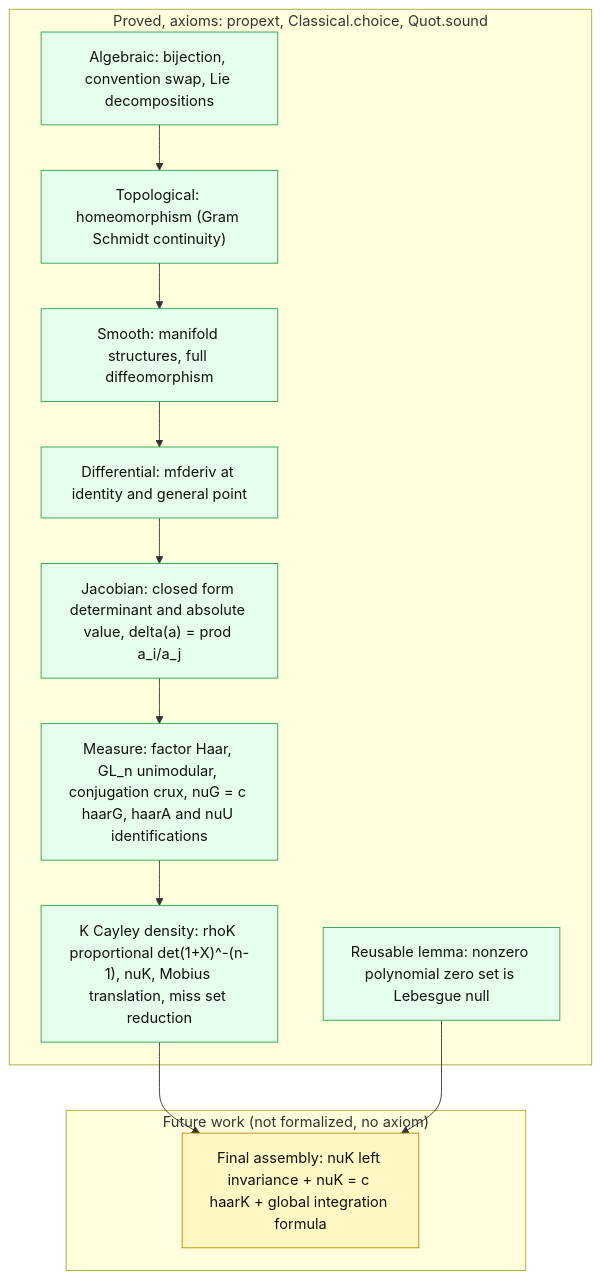
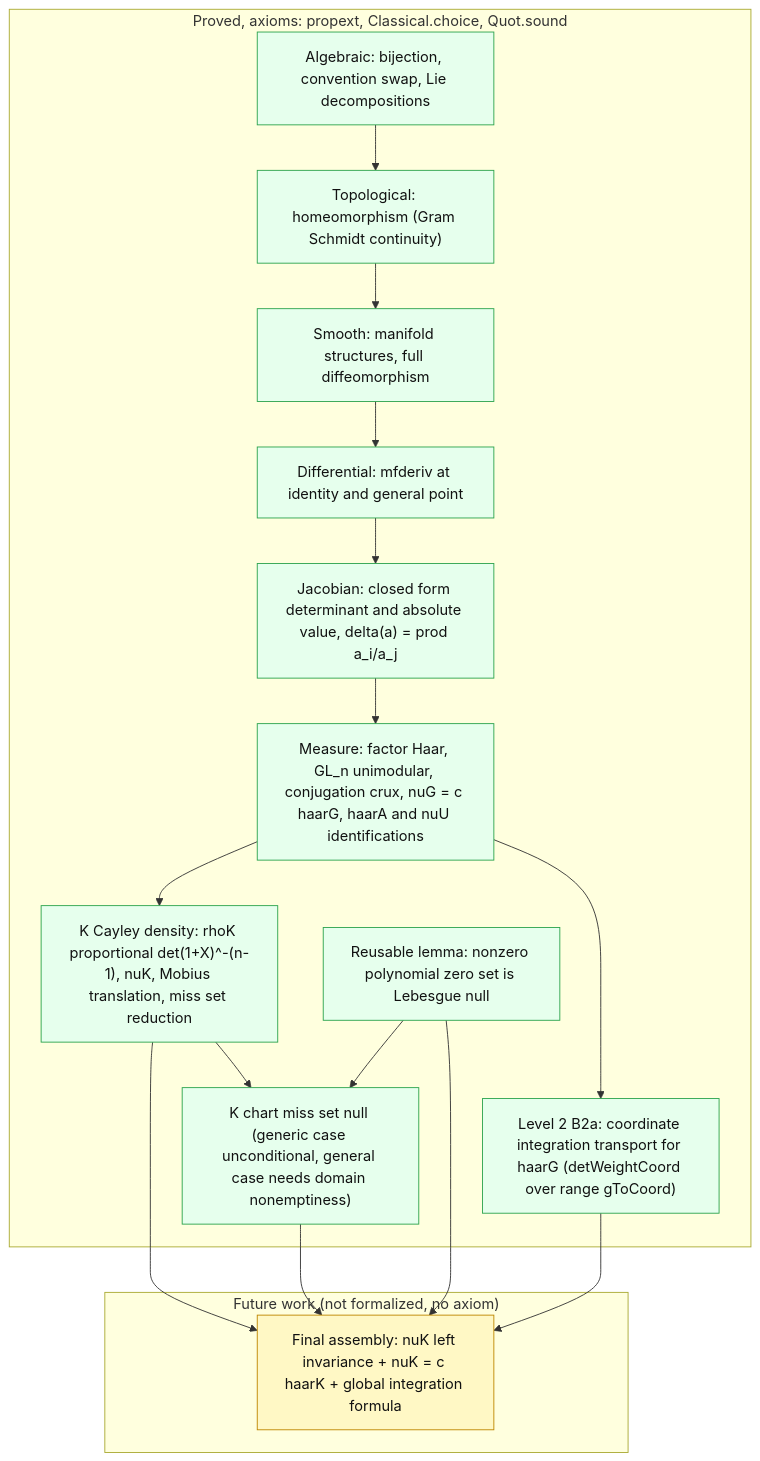
The second of 6 diagrams in README.md (CuteSurtr/iwasawa-change-of-coordinates), drawn with Mermaid before and after one commit. The commit also changed other lines of this file, not shown here.

````diff
--- a/README.md
+++ b/README.md
@@ -102,22 +129,27 @@
 ```mermaid
 flowchart TD
     subgraph CLEAN["Proved, axioms: propext, Classical.choice, Quot.sound"]
         S1["Algebraic: bijection, convention swap, Lie decompositions"]
         S2["Topological: homeomorphism (Gram Schmidt continuity)"]
         S3["Smooth: manifold structures, full diffeomorphism"]
         S4["Differential: mfderiv at identity and general point"]
         S5["Jacobian: closed form determinant and absolute value, delta(a) = prod a_i/a_j"]
         S6["Measure: factor Haar, GL_n unimodular, conjugation crux, nuG = c haarG, haarA and nuU identifications"]
+        S6b["Level 2 B2a: coordinate integration transport for haarG (detWeightCoord over range gToCoord)"]
         S7["K Cayley density: rhoK proportional det(1+X)^-(n-1), nuK, Mobius translation, miss set reduction"]
+        S7b["K chart miss set null (generic case unconditional, general case needs domain nonemptiness)"]
         S8["Reusable lemma: nonzero polynomial zero set is Lebesgue null"]
     end
     subgraph AX["Future work (not formalized, no axiom)"]
         H["Final assembly: nuK left invariance + nuK = c haarK + global integration formula"]
     end
     S1 --> S2 --> S3 --> S4 --> S5 --> S6 --> S7 --> H
+    S6 --> S6b --> H
+    S7 --> S7b --> H
+    S8 --> S7b
     S8 --> H
     classDef ok fill:#e6ffed,stroke:#2da44e,color:#111;
     classDef ax fill:#fff8c5,stroke:#bf8700,color:#111;
-    class S1,S2,S3,S4,S5,S6,S7,S8 ok;
+    class S1,S2,S3,S4,S5,S6,S6b,S7,S7b,S8 ok;
     class H ax;
 ```
````
